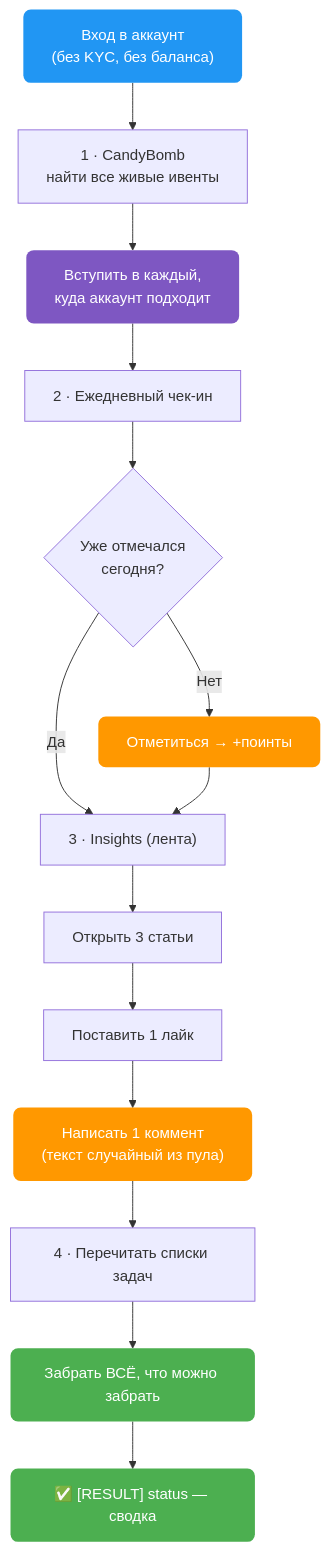
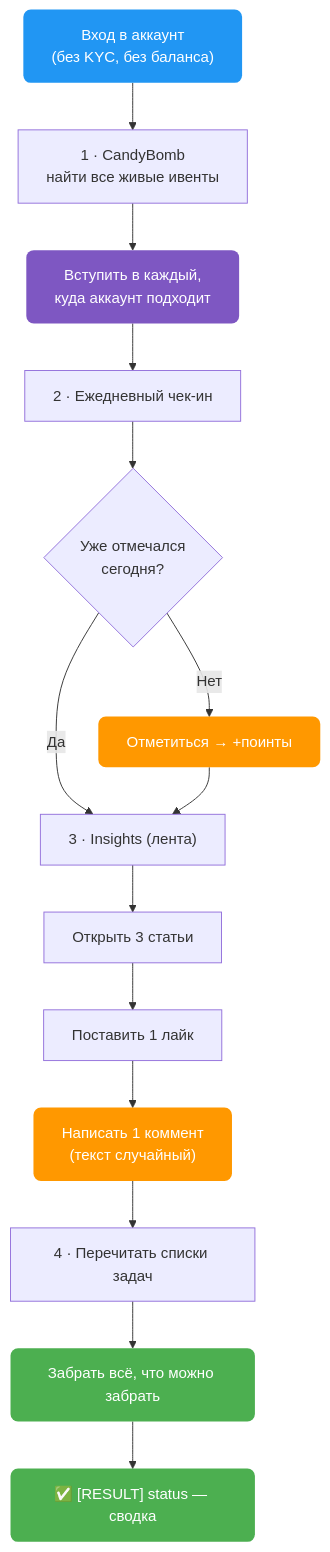
Before and after one commit to AutoPilotSoftware/docs: the first of 2 diagrams in src/content/docs/exchanges/bitget-autopilot/farm-progress.md, drawn with Mermaid. The commit also changed other lines of this file, not shown here.

````diff
--- a/src/content/docs/exchanges/bitget-autopilot/farm-progress.md
+++ b/src/content/docs/exchanges/bitget-autopilot/farm-progress.md
@@ -42,22 +42,22 @@
 ```mermaid
 flowchart TD
     A["Вход в аккаунт<br/>(без KYC, без баланса)"] --> B["1 · CandyBomb<br/>найти все живые ивенты"]
     B --> C["Вступить в каждый,<br/>куда аккаунт подходит"]
     C --> D["2 · Ежедневный чек-ин"]
     D --> E{"Уже отмечался<br/>сегодня?"}
     E -- "Да" --> F
     E -- "Нет" --> E2["Отметиться → +поинты"]
     E2 --> F["3 · Insights (лента)"]
     F --> G["Открыть 3 статьи"]
     G --> H["Поставить 1 лайк"]
-    H --> I["Написать 1 коммент<br/>(текст случайный из пула)"]
+    H --> I["Написать 1 коммент<br/>(текст случайный)"]
     I --> J["4 · Перечитать списки задач"]
-    J --> K["Забрать ВСЁ, что можно забрать"]
+    J --> K["Забрать всё, что можно забрать"]
     K --> L["✅ [RESULT] status — сводка"]
     style A fill:#2196F3,color:#fff,stroke:none,rx:8
     style C fill:#7E57C2,color:#fff,stroke:none,rx:8
     style E2 fill:#FF9800,color:#fff,stroke:none,rx:8
     style I fill:#FF9800,color:#fff,stroke:none,rx:8
     style K fill:#4CAF50,color:#fff,stroke:none,rx:8
     style L fill:#4CAF50,color:#fff,stroke:none,rx:8
 ```
````
